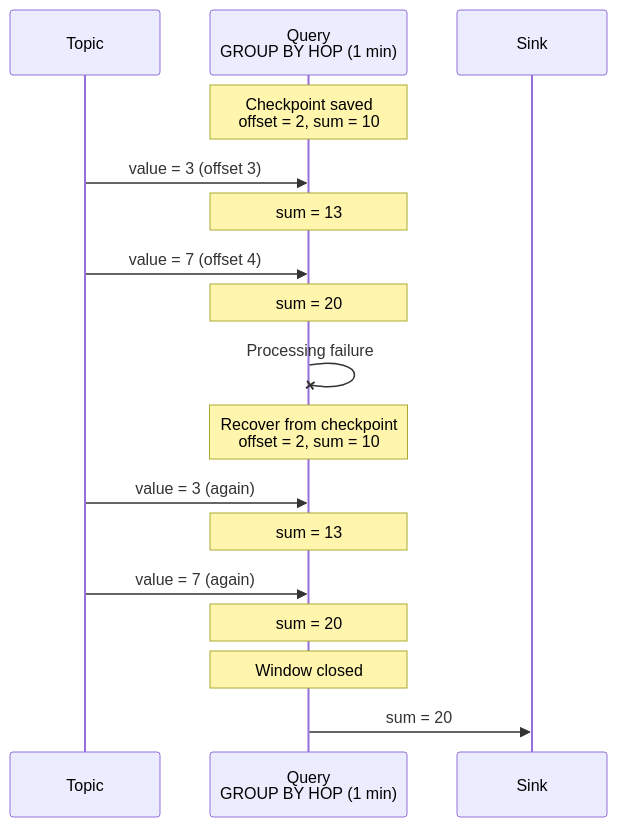
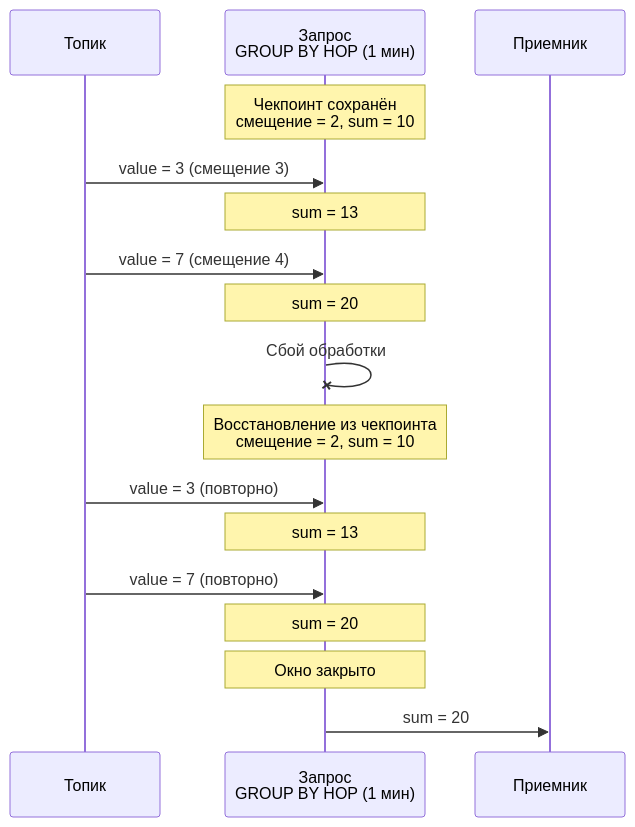
Before and after one commit to ydb-platform/ydb: the first of 2 diagrams in ydb/docs/en/core/dev/streaming-query/checkpoints.md, drawn with Mermaid. The commit also changed other lines of this file and 28 other files, not shown here.

````diff
--- a/ydb/docs/en/core/dev/streaming-query/checkpoints.md
+++ b/ydb/docs/en/core/dev/streaming-query/checkpoints.md
@@ -18,20 +19,20 @@
 ```mermaid
 sequenceDiagram
-    participant Topic
-    participant Query as Query<br/>GROUP BY HOP (1 min)
-    participant Sink
+    participant Топик
+    participant Запрос as Запрос<br/>GROUP BY HOP (1 мин)
+    participant Приемник
 
-    Note over Query: Checkpoint saved<br/>offset = 2, sum = 10
-    Topic->>Query: value = 3 (offset 3)
-    Note over Query: sum = 13
-    Topic->>Query: value = 7 (offset 4)
-    Note over Query: sum = 20
-    Query-xQuery: Processing failure
-    Note over Query: Recover from checkpoint<br/>offset = 2, sum = 10
-    Topic->>Query: value = 3 (again)
-    Note over Query: sum = 13
-    Topic->>Query: value = 7 (again)
-    Note over Query: sum = 20
-    Note over Query: Window closed
-    Query->>Sink: sum = 20
+    Note over Запрос: Чекпоинт сохранён<br/>смещение = 2, sum = 10
+    Топик->>Запрос: value = 3 (смещение 3)
+    Note over Запрос: sum = 13
+    Топик->>Запрос: value = 7 (смещение 4)
+    Note over Запрос: sum = 20
+    Запрос-xЗапрос: Сбой обработки
+    Note over Запрос: Восстановление из чекпоинта<br/>смещение = 2, sum = 10
+    Топик->>Запрос: value = 3 (повторно)
+    Note over Запрос: sum = 13
+    Топик->>Запрос: value = 7 (повторно)
+    Note over Запрос: sum = 20
+    Note over Запрос: Окно закрыто
+    Запрос->>Приемник: sum = 20
 ```
````
